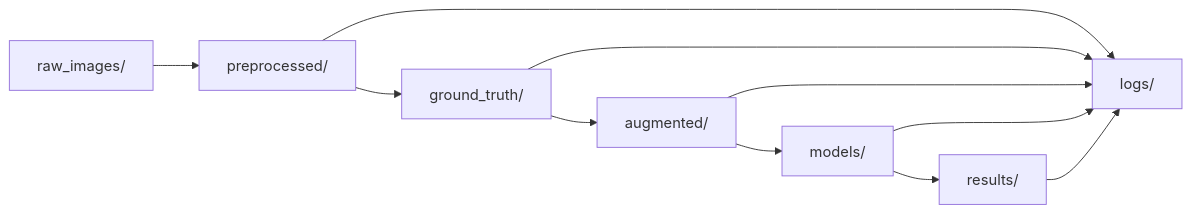
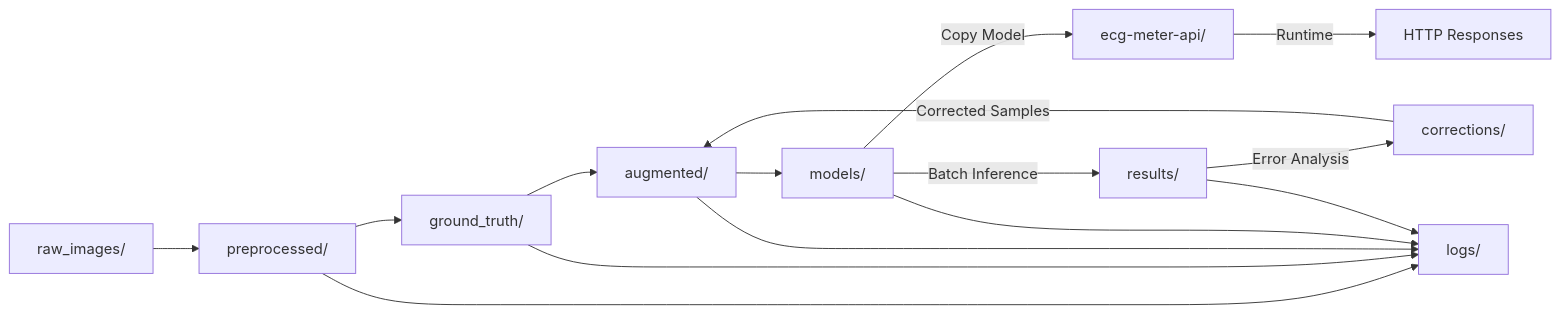
The diagram in docs/dataflow.md (purplegeminii/ECG_OCR), drawn with Mermaid before and after one commit. The commit also changed 8 other files, not shown here.

````diff
--- a/docs/dataflow.md
+++ b/docs/dataflow.md
@@ -4,23 +4,32 @@
 ```mermaid
 flowchart LR
 
     RAW[raw_images/]
     PREP[preprocessed/]
     GT[ground_truth/]
     AUG[augmented/]
+    CORR[corrections/]
     MOD[models/]
     RES[results/]
+    API[ecg-meter-api/]
     LOG[logs/]
 
     RAW --> PREP
     PREP --> GT
     GT --> AUG
     AUG --> MOD
-    MOD --> RES
+    
+    MOD -->|Copy Model| API
+    MOD -->|Batch Inference| RES
+    
+    RES -->|Error Analysis| CORR
+    CORR -->|Corrected Samples| AUG
+    
+    API -->|Runtime| HTTP[HTTP Responses]
 
     PREP --> LOG
     GT --> LOG
     AUG --> LOG
     MOD --> LOG
     RES --> LOG
 ```
````
